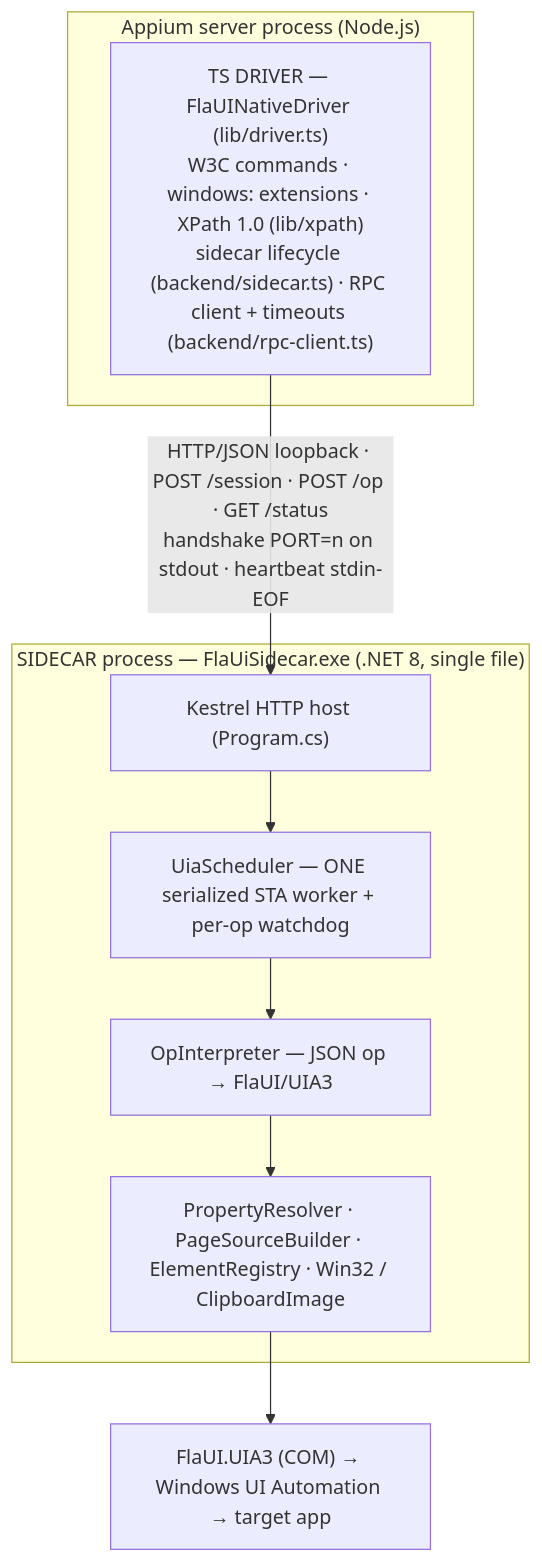
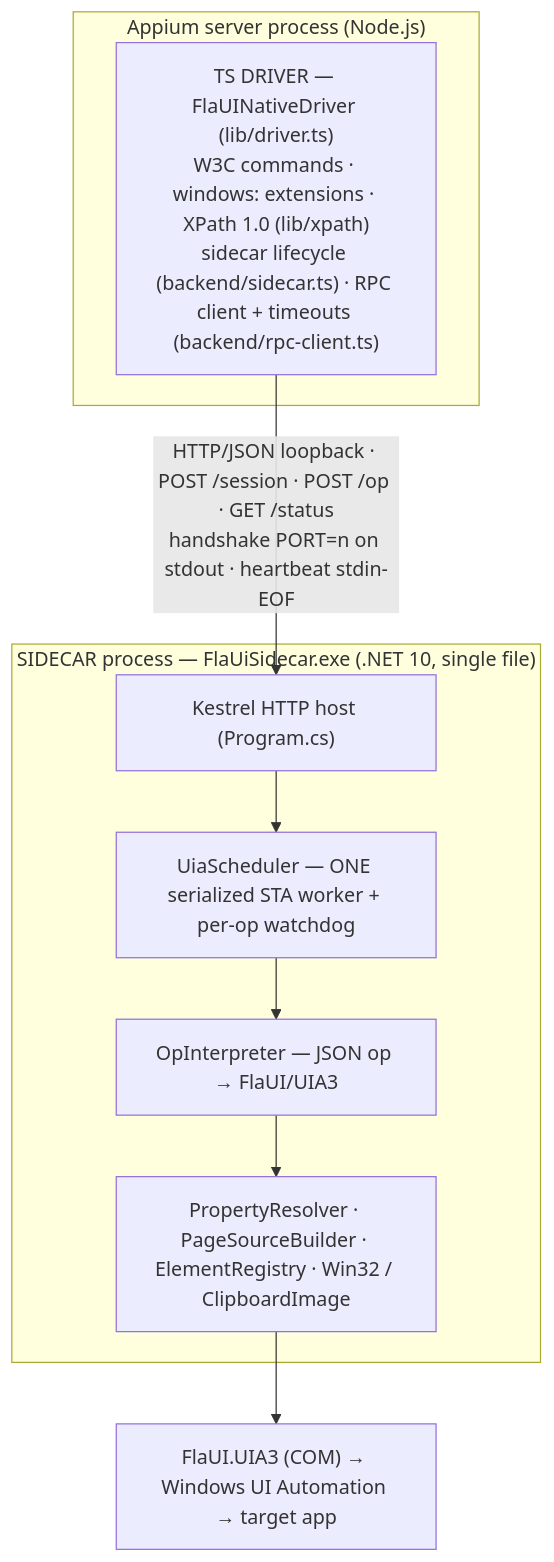
The second of 2 diagrams in docs/02-architecture/overview.md (nguyenvanhuy0612/appium-flaui-native-driver), drawn with Mermaid before and after one commit. The commit also changed other lines of this file and 33 other files, not shown here.

````diff
--- a/docs/02-architecture/overview.md
+++ b/docs/02-architecture/overview.md
@@ -33,16 +33,16 @@
 ```mermaid
 flowchart TB
     subgraph node["Appium server process (Node.js)"]
         driver["TS DRIVER — FlaUINativeDriver (lib/driver.ts)<br/>W3C commands · windows: extensions · XPath 1.0 (lib/xpath)<br/>sidecar lifecycle (backend/sidecar.ts) · RPC client + timeouts (backend/rpc-client.ts)"]
     end
-    subgraph side["SIDECAR process — FlaUiSidecar.exe (.NET 8, single file)"]
+    subgraph side["SIDECAR process — FlaUiSidecar.exe (.NET 10, single file)"]
         host["Kestrel HTTP host (Program.cs)"]
         sched["UiaScheduler — ONE serialized STA worker + per-op watchdog"]
         interp["OpInterpreter — JSON op → FlaUI/UIA3"]
         support["PropertyResolver · PageSourceBuilder · ElementRegistry · Win32 / ClipboardImage"]
         host --> sched --> interp --> support
     end
     uia["FlaUI.UIA3 (COM) → Windows UI Automation → target app"]
     driver -- "HTTP/JSON loopback · POST /session · POST /op · GET /status<br/>handshake PORT=n on stdout · heartbeat stdin-EOF" --> host
     support --> uia
 ```
````
